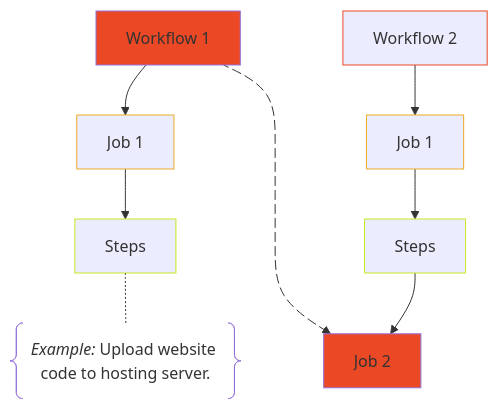
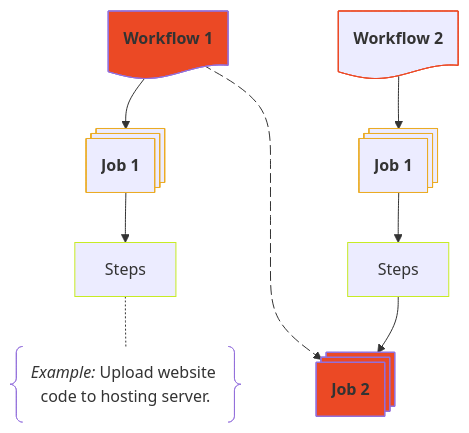
The diagram in content/posts/training/GitHub/2025-github-actions/07-controlling-workflow/index.md (rtdevx/rtdevx.github.io), drawn with Mermaid before and after one commit.

Commit message:
Obsidian sync: 2025-12-19 16:13:58

```diff
--- a/content/posts/training/GitHub/2025-github-actions/07-controlling-workflow/index.md
+++ b/content/posts/training/GitHub/2025-github-actions/07-controlling-workflow/index.md
@@ -191,25 +191,36 @@
 {{< mermaid >}}
 
 flowchart TD
 
+%% Comments
 COMMENT1@{ shape: braces, label: "<i>Example:</i> Upload website code to hosting server." }
 
+%% Class Definitions
 classDef redclass fill:#EB4925
 classDef redclasss stroke:#EB4925
 classDef yellowclass stroke:#EBAC25
 classDef greenclass stroke:#C7EB25
 
-    WF1[Workflow 1]:::redclass --> Job1WF1[Job 1]:::yellowclass
-    WF2[Workflow 2]:::redclasss --> Job1WF2[Job 1]:::yellowclass
+%% Workflows
+WF1@{ shape: doc, label: "**Workflow 1**" }
+WF2@{ shape: doc, label: "**Workflow 2**" }
+
+%% Jobs
+Job1WF1@{ shape: processes, label: "**Job 1**" }
+Job1WF2@{ shape: processes, label: "**Job 1**" }
+Job2WF2@{ shape: processes, label: "**Job 2**" }
+
+    WF1:::redclass --> Job1WF1:::yellowclass
+    WF2:::redclasss --> Job1WF2:::yellowclass
     
     Job1WF1 --> Steps1WF1[Steps]:::greenclass
     Job1WF2 --> Steps2WF2[Steps]:::greenclass
 
-    Steps2WF2 --> Job2WF2[Job 2]:::redclass
+    Steps2WF2 --> Job2WF2:::redclass
 
     WF1 WF1@----> Job2WF2
     WF1@{ animate: true }
 
 Steps1WF1 -.- COMMENT1
 
 {{< /mermaid >}}
```
